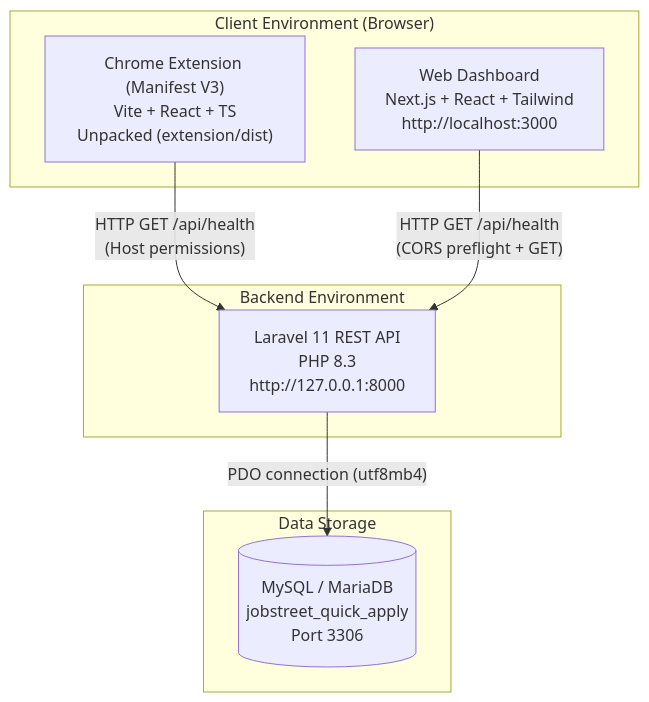
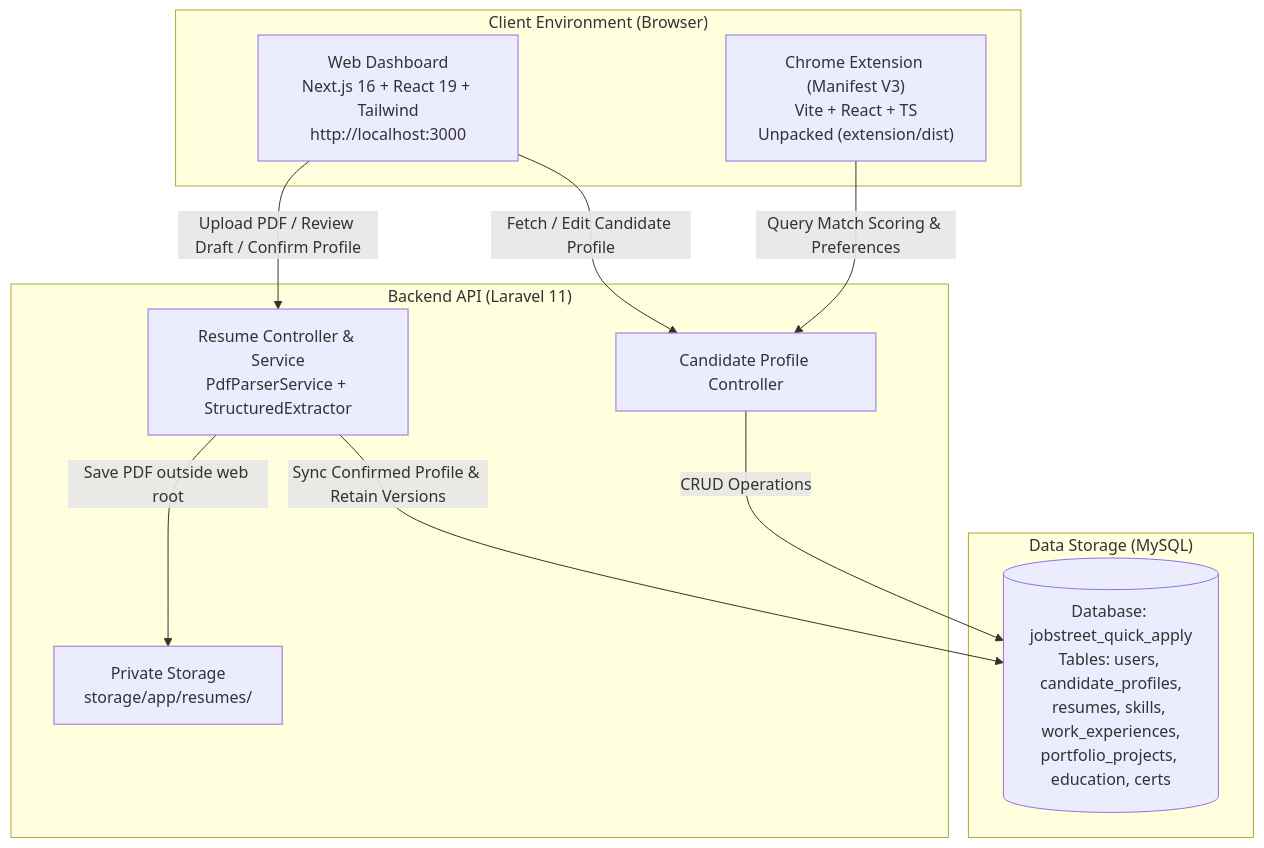
Before and after one commit to peterGwapo29/Smart-Apply-Automation: the first of 3 diagrams in docs/architecture.md, drawn with Mermaid. The commit also changed other lines of this file and 42 other files, not shown here.

````diff
--- a/docs/architecture.md
+++ b/docs/architecture.md
@@ -9,19 +9,24 @@
 ```mermaid
 flowchart TD
     subgraph Browser ["Client Environment (Browser)"]
         CE["Chrome Extension (Manifest V3)<br/>Vite + React + TS<br/>Unpacked (extension/dist)"]
-        DB["Web Dashboard<br/>Next.js + React + Tailwind<br/>http://localhost:3000"]
+        DB["Web Dashboard<br/>Next.js 16 + React 19 + Tailwind<br/>http://localhost:3000"]
     end
 
-    subgraph Server ["Backend Environment"]
-        API["Laravel 11 REST API<br/>PHP 8.3<br/>http://127.0.0.1:8000"]
+    subgraph Server ["Backend API (Laravel 11)"]
+        RC["Resume Controller & Service<br/>PdfParserService + StructuredExtractor"]
+        CPC["Candidate Profile Controller"]
+        Storage["Private Storage<br/>storage/app/resumes/"]
     end
 
-    subgraph DatabaseLayer ["Data Storage"]
-        DBStore[("MySQL / MariaDB<br/>jobstreet_quick_apply<br/>Port 3306")]
+    subgraph DatabaseLayer ["Data Storage (MySQL)"]
+        DBStore[("Database: jobstreet_quick_apply<br/>Tables: users, candidate_profiles,<br/>resumes, skills, work_experiences,<br/>portfolio_projects, education, certs")]
     end
 
-    CE -- "HTTP GET /api/health<br/>(Host permissions)" --> API
-    DB -- "HTTP GET /api/health<br/>(CORS preflight + GET)" --> API
-    API -- "PDO connection (utf8mb4)" --> DBStore
+    DB -- "Upload PDF / Review Draft / Confirm Profile" --> RC
+    DB -- "Fetch / Edit Candidate Profile" --> CPC
+    CE -- "Query Match Scoring & Preferences" --> CPC
+    RC -- "Save PDF outside web root" --> Storage
+    RC -- "Sync Confirmed Profile & Retain Versions" --> DBStore
+    CPC -- "CRUD Operations" --> DBStore
 ```
````
